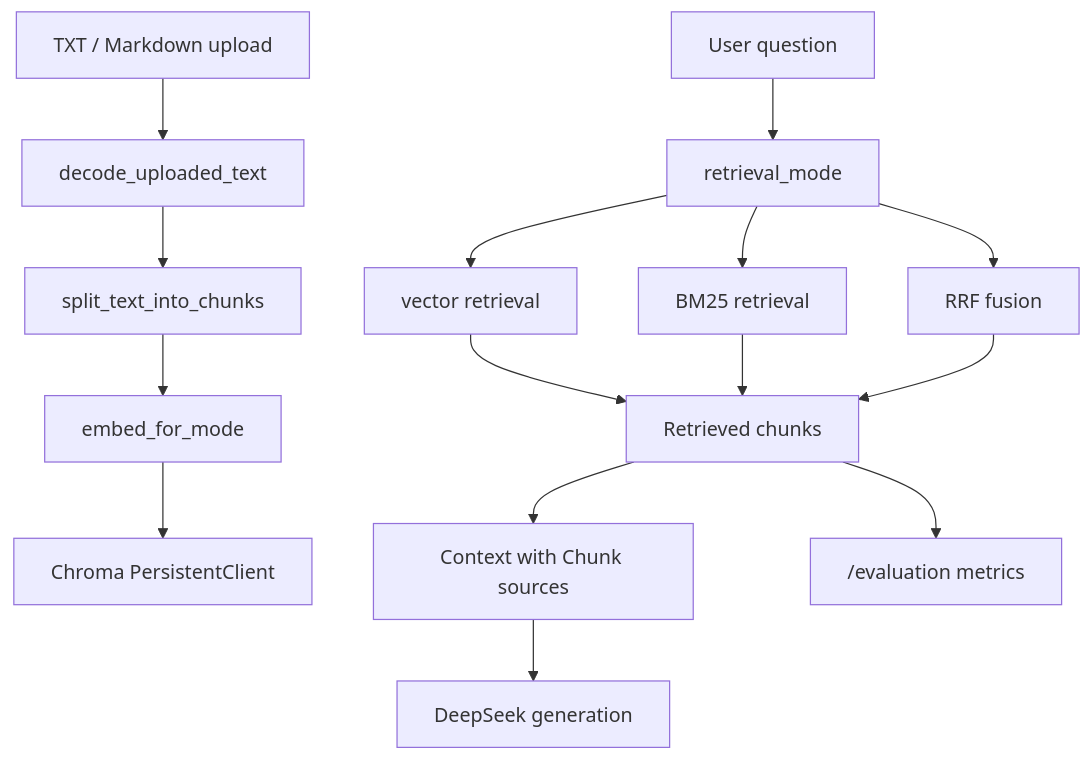
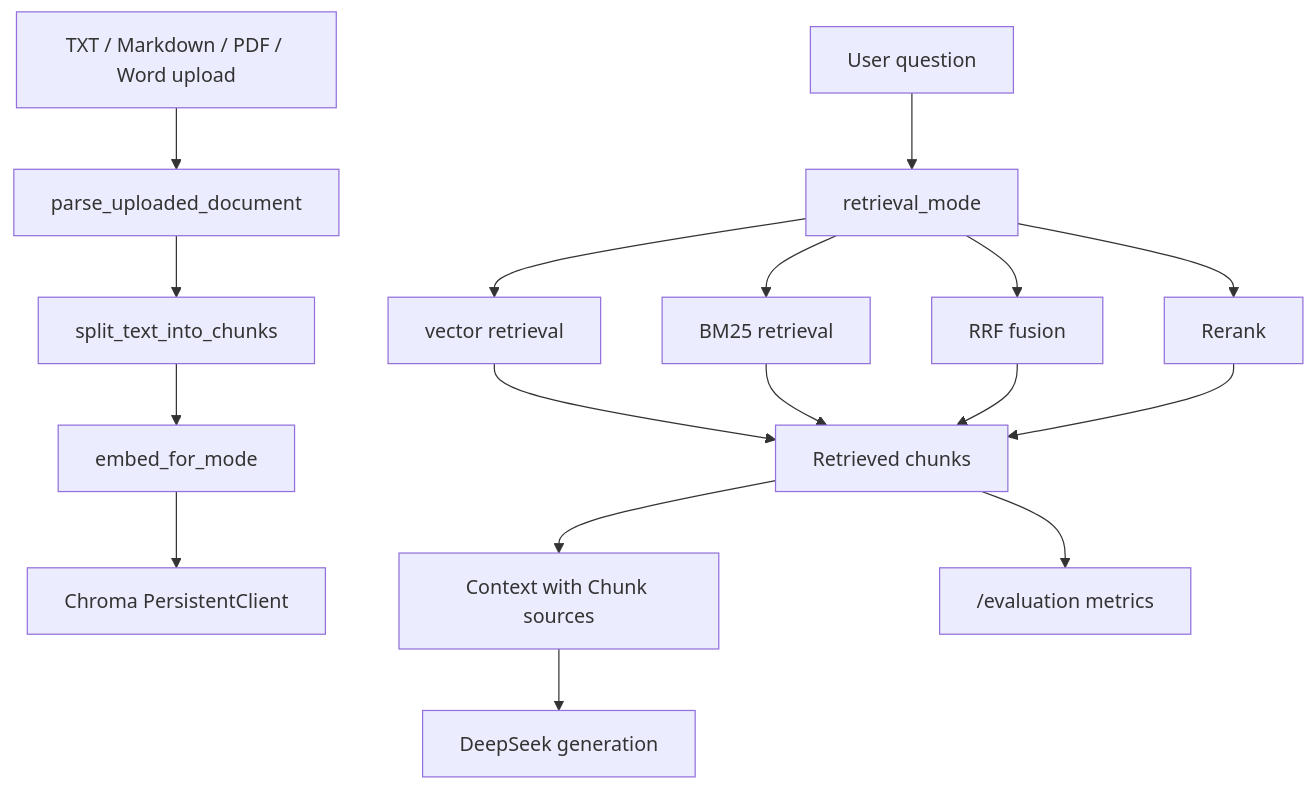
Before and after one commit to P1nkAndWh1te/python-learning-plan: the diagram in ARCHITECTURE.md, drawn with Mermaid. The commit also changed other lines of this file and 18 other files, not shown here.

````diff
--- a/ARCHITECTURE.md
+++ b/ARCHITECTURE.md
@@ -46,17 +50,19 @@
 ```mermaid
 flowchart TD
-    A["TXT / Markdown upload"] --> N["decode_uploaded_text"]
+    A["TXT / Markdown / PDF / Word upload"] --> N["parse_uploaded_document"]
     N --> B["split_text_into_chunks"]
     B --> C["embed_for_mode"]
     C --> D["Chroma PersistentClient"]
     E["User question"] --> F["retrieval_mode"]
     F --> G["vector retrieval"]
     F --> H["BM25 retrieval"]
     F --> I["RRF fusion"]
+    F --> R["Rerank"]
     G --> J["Retrieved chunks"]
     H --> J
     I --> J
+    R --> J
     J --> K["Context with Chunk sources"]
     K --> L["DeepSeek generation"]
     J --> M["/evaluation metrics"]
 ```
````
